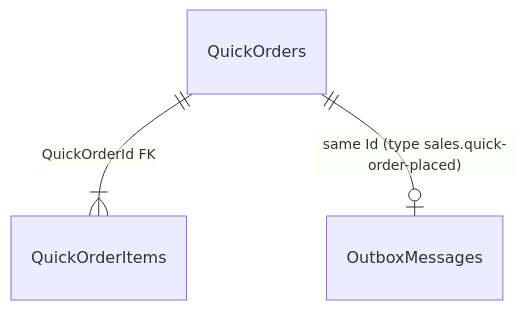
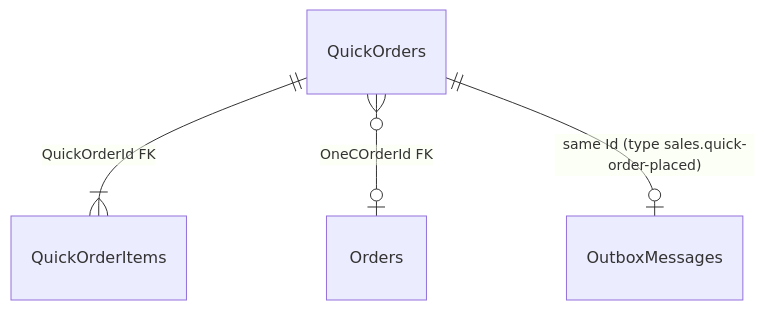
Before and after one commit to Weretik/KedrStore: the second of 2 diagrams in docs/sdd/architecture/data-model/sales-orders.md, drawn with Mermaid. The commit also changed other lines of this file and 32 other files, not shown here.

````diff
--- a/docs/sdd/architecture/data-model/sales-orders.md
+++ b/docs/sdd/architecture/data-model/sales-orders.md
@@ -37,5 +37,6 @@
 ```mermaid
 erDiagram
     QuickOrders ||--|{ QuickOrderItems : "QuickOrderId FK"
+    QuickOrders }o--o| Orders : "OneCOrderId FK"
     QuickOrders ||--o| OutboxMessages : "same Id (type sales.quick-order-placed)"
 ```
````
